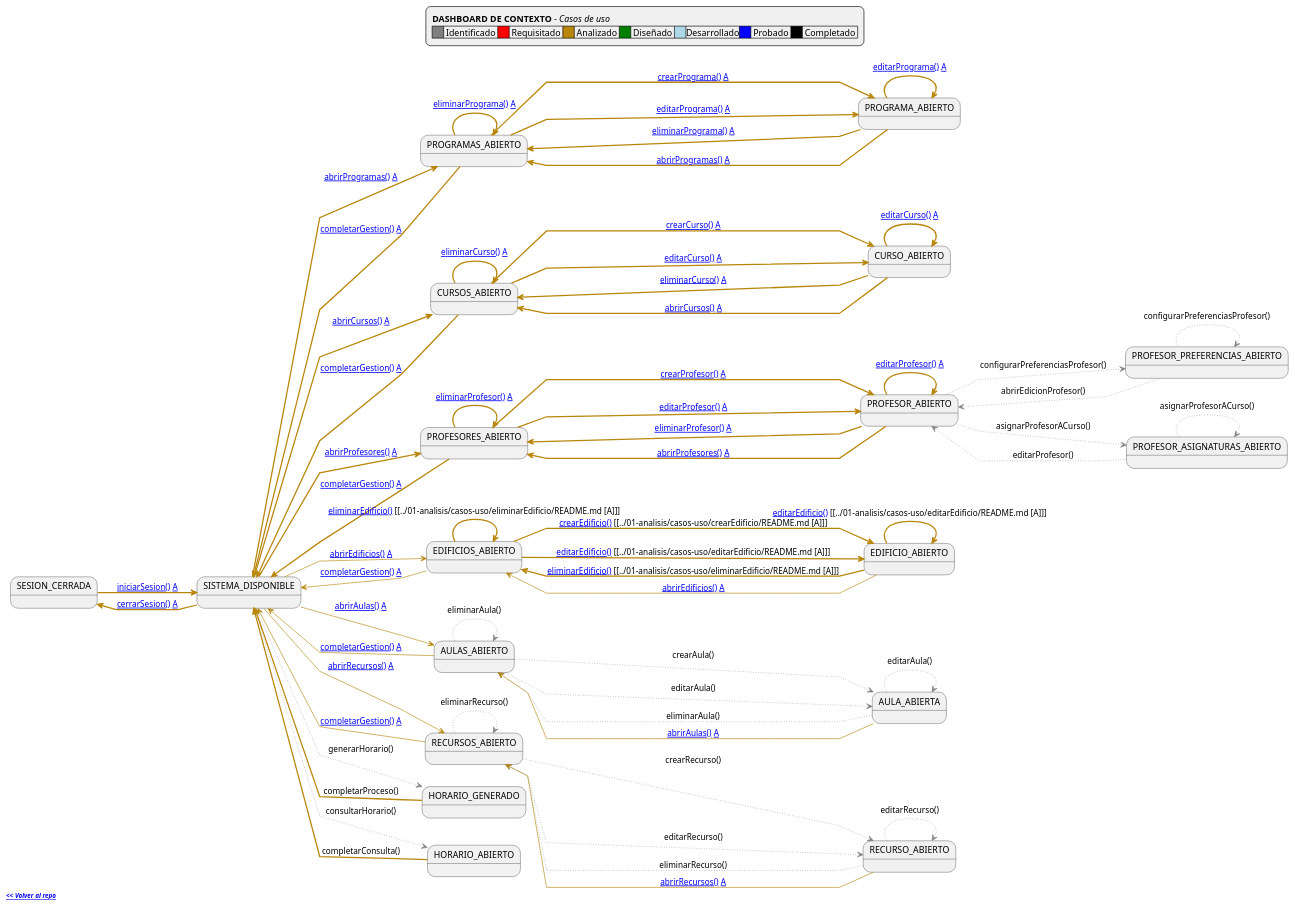
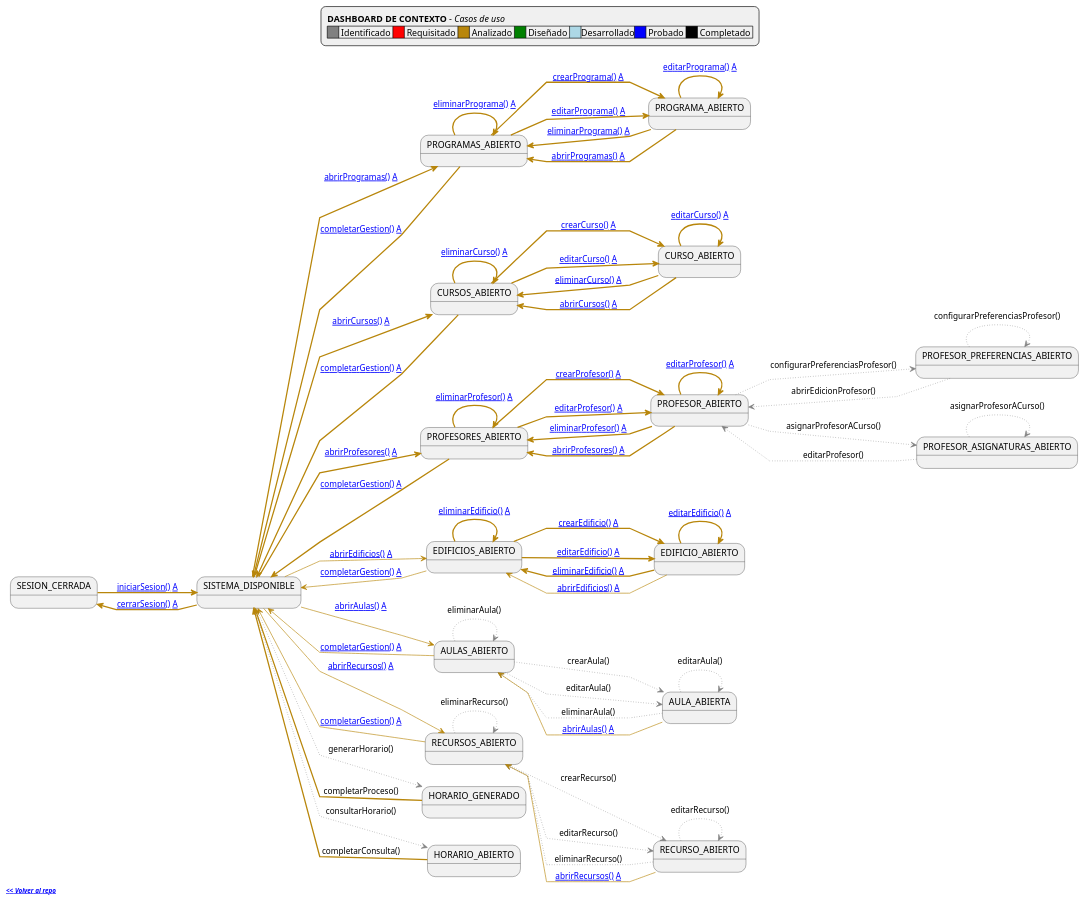
Before and after one commit to Hexcss/scheduler: the diagram in RUP/99-seguimiento/diagrama-contexto-administrador.puml, drawn with PlantUML. The commit also changed 1 other file, not shown here.

```diff
--- a/RUP/99-seguimiento/diagrama-contexto-administrador.puml
+++ b/RUP/99-seguimiento/diagrama-contexto-administrador.puml
@@ -86,11 +86,11 @@
 EditProfesor -[#darkgoldenrod,thickness=2]-> ListProfesores: [[https://github.com/mmasias/pySigHor/blob/main/RUP/00-casos-uso/02-detalle/abrirProfesores/README.md abrirProfesores()]] [[https://github.com/mmasias/pySigHor/blob/main/RUP/01-analisis/casos-uso/abrirProfesores/README.md A]]
 EditProfesorPreferencias -[#gray,dotted]-> EditProfesorPreferencias: configurarPreferenciasProfesor()
 EditProfesorPreferencias -[#gray,dotted]-> EditProfesor: abrirEdicionProfesor()
-ListEdificios -[#darkgoldenrod,bold]-> EditEdificio: [[../00-casos-uso/02-detalle/crearEdificio/README.md crearEdificio()]] [[../01-analisis/casos-uso/crearEdificio/README.md [A]]]
-ListEdificios -[#darkgoldenrod,bold]-> EditEdificio: [[../00-casos-uso/02-detalle/editarEdificio/README.md editarEdificio()]] [[../01-analisis/casos-uso/editarEdificio/README.md [A]]]
-ListEdificios -[#darkgoldenrod,bold]-> ListEdificios: [[../00-casos-uso/02-detalle/eliminarEdificio/README.md eliminarEdificio()]] [[../01-analisis/casos-uso/eliminarEdificio/README.md [A]]]
-EditEdificio -[#darkgoldenrod,bold]-> EditEdificio: [[../00-casos-uso/02-detalle/editarEdificio/README.md editarEdificio()]] [[../01-analisis/casos-uso/editarEdificio/README.md [A]]]
-EditEdificio -[#darkgoldenrod,bold]-> ListEdificios: [[../00-casos-uso/02-detalle/eliminarEdificio/README.md eliminarEdificio()]] [[../01-analisis/casos-uso/eliminarEdificio/README.md [A]]]
+ListEdificios -[#darkgoldenrod,bold]-> EditEdificio: [[../00-casos-uso/02-detalle/crearEdificio/README.md crearEdificio()]] [[../01-analisis/casos-uso/crearEdificio/README.md A]]
+ListEdificios -[#darkgoldenrod,bold]-> EditEdificio: [[../00-casos-uso/02-detalle/editarEdificio/README.md editarEdificio()]] [[../01-analisis/casos-uso/editarEdificio/README.md A]]
+ListEdificios -[#darkgoldenrod,bold]-> ListEdificios: [[../00-casos-uso/02-detalle/eliminarEdificio/README.md eliminarEdificio()]] [[../01-analisis/casos-uso/eliminarEdificio/README.md A]]
+EditEdificio -[#darkgoldenrod,bold]-> EditEdificio: [[../00-casos-uso/02-detalle/editarEdificio/README.md editarEdificio()]] [[../01-analisis/casos-uso/editarEdificio/README.md A]]
+EditEdificio -[#darkgoldenrod,bold]-> ListEdificios: [[../00-casos-uso/02-detalle/eliminarEdificio/README.md eliminarEdificio()]] [[../01-analisis/casos-uso/eliminarEdificio/README.md A]]
 EditEdificio -[#darkgoldenrod]-> ListEdificios: [[https://github.com/mmasias/pySigHor/blob/main/RUP/00-casos-uso/02-detalle/abrirEdificios/README.md abrirEdificios()]] [[https://github.com/mmasias/pySigHor/blob/main/RUP/01-analisis/casos-uso/abrirEdificios/README.md A]]
 ListAulas -[#gray,dotted]-> EditAula: crearAula()
 ListAulas -[#gray,dotted]-> EditAula: editarAula()
```
